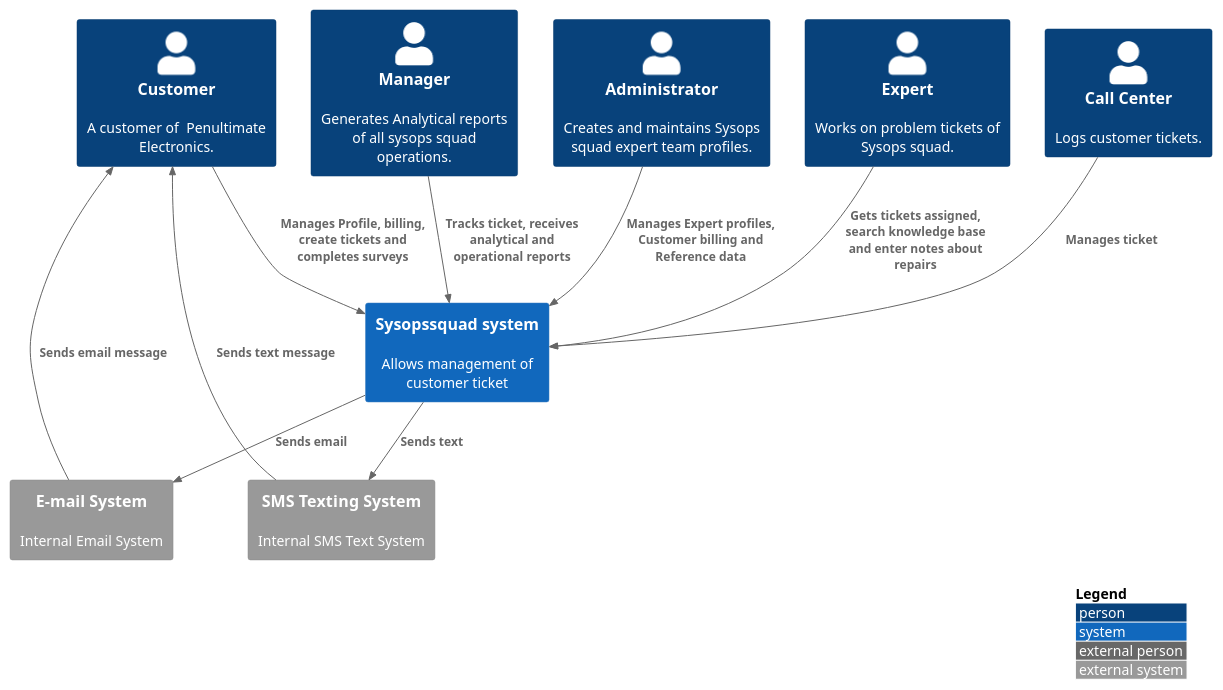
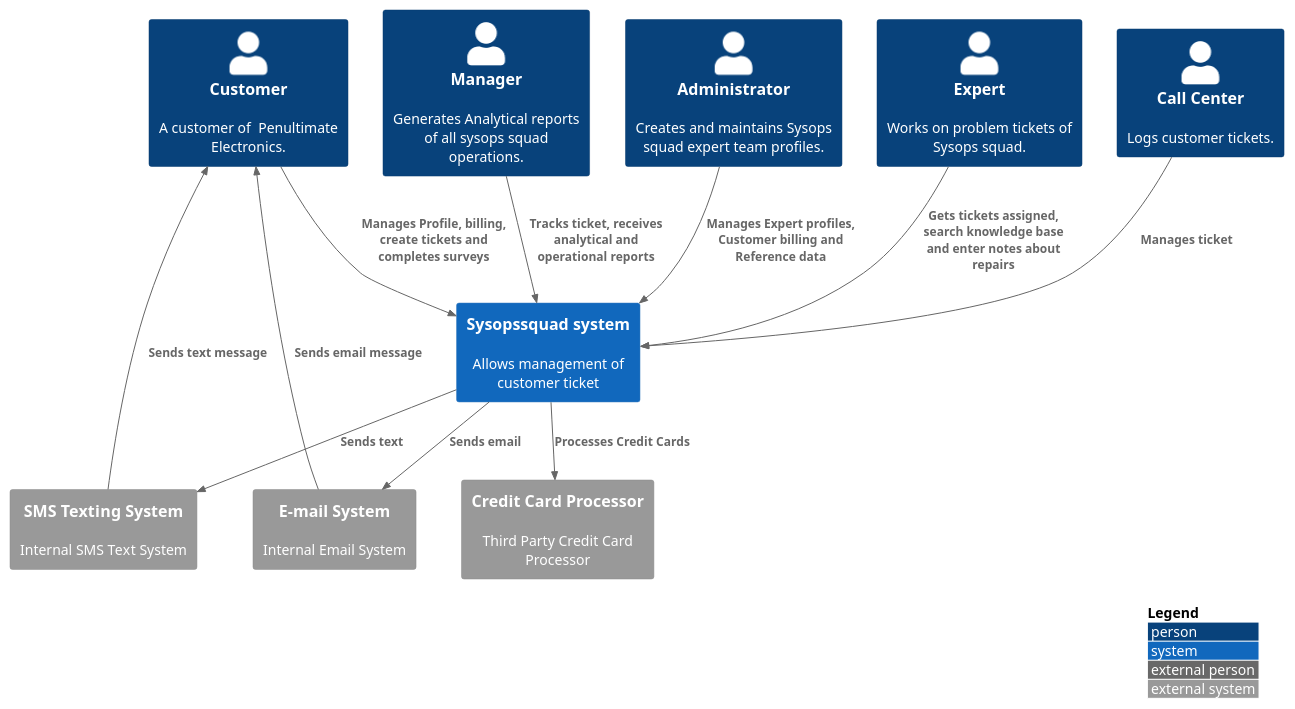
The diagram in src/context.puml (architectonics/sysopssquad), drawn with PlantUML before and after one commit.

Commit message:
Added a credit card processor to the system context diagram

```diff
--- a/src/context.puml
+++ b/src/context.puml
@@ -1,27 +1,28 @@
 @startuml
 !include https://raw.githubusercontent.com/adrianvlupu/C4-PlantUML/latest/C4_Context.puml
 
 LAYOUT_WITH_LEGEND()
 
 Person(customer, "Customer", "A customer of  Penultimate Electronics.")
 Person(admin, "Administrator", "Creates and maintains Sysops squad expert team profiles.")
 Person(expert, "Expert", "Works on problem tickets of Sysops squad.")
 Person(manager, "Manager", "Generates Analytical reports of all sysops squad operations.")
 Person(agent, "Call Center", "Logs customer tickets.")
 
 System(ss, "Sysopssquad system", "Allows management of customer ticket")
 
 System_Ext(es, "E-mail System", "Internal Email System")
 System_Ext(sms, "SMS Texting System", "Internal SMS Text System")
+System_Ext(cc, "Credit Card Processor", "Third Party Credit Card Processor")
 
 Rel(customer, ss, "Manages Profile, billing, create tickets and completes surveys")
 Rel(expert, ss, "Gets tickets assigned, search knowledge base and enter notes about repairs")
 Rel(agent, ss, "Manages ticket")
 Rel(manager, ss, "Tracks ticket, receives analytical and operational reports")
 Rel(admin, ss, "Manages Expert profiles, Customer billing and Reference data")
 Rel(ss, es, "Sends email")
 Rel(ss, sms, "Sends text")
 Rel(es, customer, "Sends email message")
 Rel(sms, customer, "Sends text message")
-
+Rel(ss, cc, "Processes Credit Cards")
 @enduml
```
